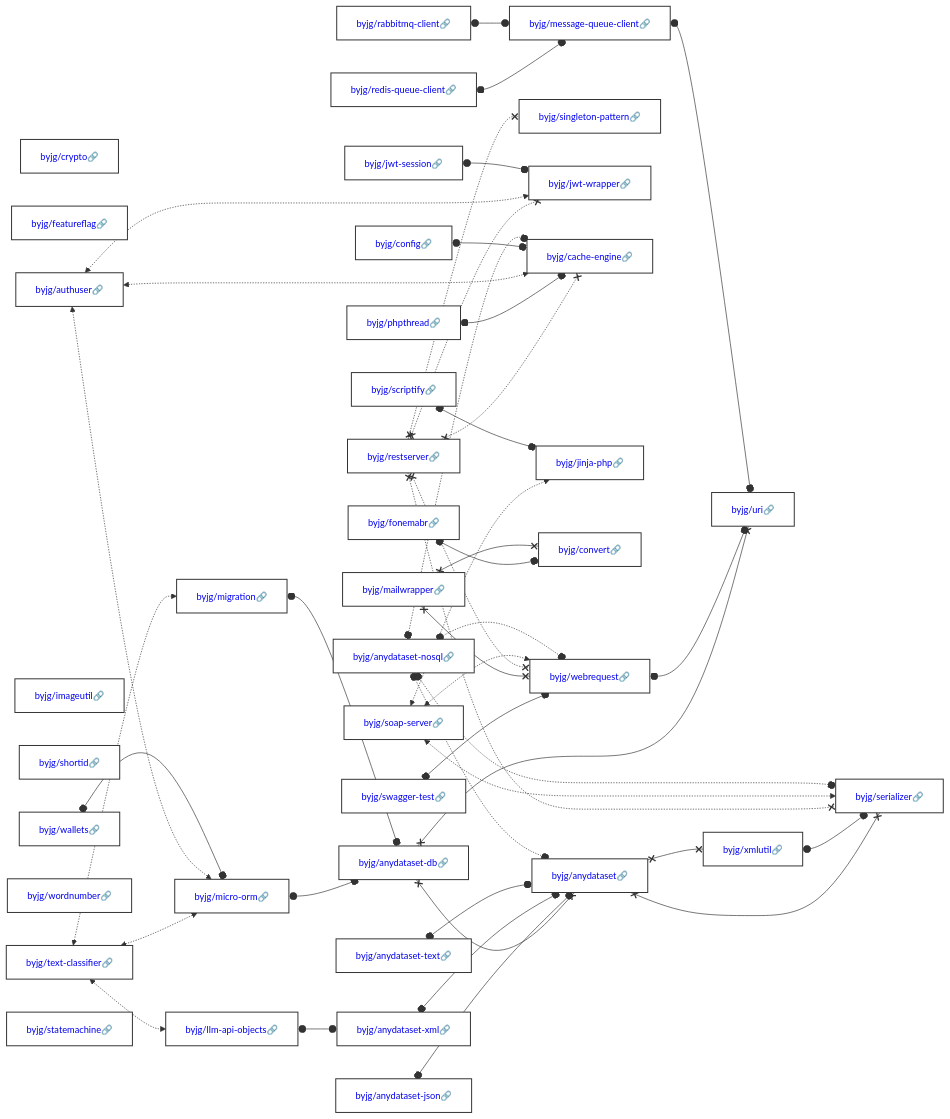
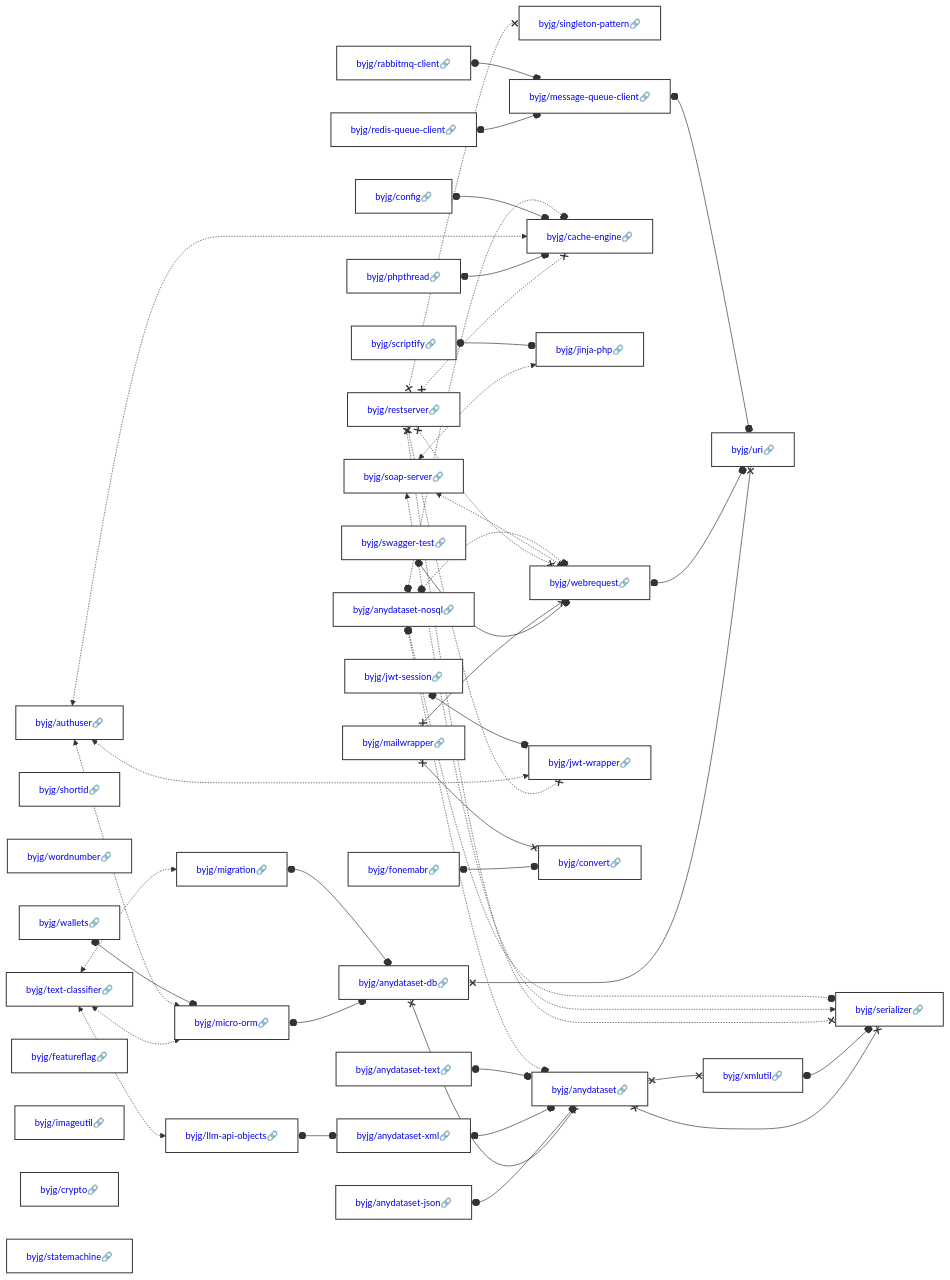
The diagram in docs/php/README.md (byjg/byjg.github.io), drawn with Mermaid before and after one commit. The commit also changed other lines of this file, not shown here.

Commit message:
Update documentation 'php' 'php-gluo'

````diff
--- a/docs/php/README.md
+++ b/docs/php/README.md
@@ -3,38 +3,38 @@
 ```mermaid
 graph LR;
+  byjg/mailwrapper[<a href='https://opensource.byjg.com/docs/php/mailwrapper' style='text-decoration:none'>byjg/mailwrapper🔗</a>];
+  byjg/text-classifier[<a href='https://opensource.byjg.com/docs/php/text-classifier' style='text-decoration:none'>byjg/text-classifier🔗</a>];
+  byjg/shortid[<a href='https://opensource.byjg.com/docs/php/shortid' style='text-decoration:none'>byjg/shortid🔗</a>];
+  byjg/wordnumber[<a href='https://opensource.byjg.com/docs/php/wordnumber' style='text-decoration:none'>byjg/wordnumber🔗</a>];
+  byjg/restserver[<a href='https://opensource.byjg.com/docs/php/restserver' style='text-decoration:none'>byjg/restserver🔗</a>];
+  byjg/redis-queue-client[<a href='https://opensource.byjg.com/docs/php/redis-queue-client' style='text-decoration:none'>byjg/redis-queue-client🔗</a>];
+  byjg/authuser[<a href='https://opensource.byjg.com/docs/php/authuser' style='text-decoration:none'>byjg/authuser🔗</a>];
+  byjg/scriptify[<a href='https://opensource.byjg.com/docs/php/scriptify' style='text-decoration:none'>byjg/scriptify🔗</a>];
+  byjg/wallets[<a href='https://opensource.byjg.com/docs/php/wallets' style='text-decoration:none'>byjg/wallets🔗</a>];
+  byjg/swagger-test[<a href='https://opensource.byjg.com/docs/php/swagger-test' style='text-decoration:none'>byjg/swagger-test🔗</a>];
+  byjg/anydataset-json[<a href='https://opensource.byjg.com/docs/php/anydataset-json' style='text-decoration:none'>byjg/anydataset-json🔗</a>];
+  byjg/featureflag[<a href='https://opensource.byjg.com/docs/php/featureflag' style='text-decoration:none'>byjg/featureflag🔗</a>];
+  byjg/config[<a href='https://opensource.byjg.com/docs/php/config' style='text-decoration:none'>byjg/config🔗</a>];
+  byjg/anydataset-nosql[<a href='https://opensource.byjg.com/docs/php/anydataset-nosql' style='text-decoration:none'>byjg/anydataset-nosql🔗</a>];
+  byjg/anydataset-text[<a href='https://opensource.byjg.com/docs/php/anydataset-text' style='text-decoration:none'>byjg/anydataset-text🔗</a>];
+  byjg/rabbitmq-client[<a href='https://opensource.byjg.com/docs/php/rabbitmq-client' style='text-decoration:none'>byjg/rabbitmq-client🔗</a>];
+  byjg/phpthread[<a href='https://opensource.byjg.com/docs/php/phpthread' style='text-decoration:none'>byjg/phpthread🔗</a>];
+  byjg/soap-server[<a href='https://opensource.byjg.com/docs/php/soap-server' style='text-decoration:none'>byjg/soap-server🔗</a>];
+  byjg/imageutil[<a href='https://opensource.byjg.com/docs/php/imageutil' style='text-decoration:none'>byjg/imageutil🔗</a>];
+  byjg/jwt-session[<a href='https://opensource.byjg.com/docs/php/jwt-session' style='text-decoration:none'>byjg/jwt-session🔗</a>];
   byjg/crypto[<a href='https://opensource.byjg.com/docs/php/crypto' style='text-decoration:none'>byjg/crypto🔗</a>];
-  byjg/featureflag[<a href='https://opensource.byjg.com/docs/php/featureflag' style='text-decoration:none'>byjg/featureflag🔗</a>];
-  byjg/scriptify[<a href='https://opensource.byjg.com/docs/php/scriptify' style='text-decoration:none'>byjg/scriptify🔗</a>];
-  byjg/anydataset-json[<a href='https://opensource.byjg.com/docs/php/anydataset-json' style='text-decoration:none'>byjg/anydataset-json🔗</a>];
-  byjg/redis-queue-client[<a href='https://opensource.byjg.com/docs/php/redis-queue-client' style='text-decoration:none'>byjg/redis-queue-client🔗</a>];
-  byjg/rabbitmq-client[<a href='https://opensource.byjg.com/docs/php/rabbitmq-client' style='text-decoration:none'>byjg/rabbitmq-client🔗</a>];
+  byjg/statemachine[<a href='https://opensource.byjg.com/docs/php/statemachine' style='text-decoration:none'>byjg/statemachine🔗</a>];
   byjg/fonemabr[<a href='https://opensource.byjg.com/docs/php/fonemabr' style='text-decoration:none'>byjg/fonemabr🔗</a>];
-  byjg/text-classifier[<a href='https://opensource.byjg.com/docs/php/text-classifier' style='text-decoration:none'>byjg/text-classifier🔗</a>];
-  byjg/swagger-test[<a href='https://opensource.byjg.com/docs/php/swagger-test' style='text-decoration:none'>byjg/swagger-test🔗</a>];
-  byjg/phpthread[<a href='https://opensource.byjg.com/docs/php/phpthread' style='text-decoration:none'>byjg/phpthread🔗</a>];
-  byjg/anydataset-nosql[<a href='https://opensource.byjg.com/docs/php/anydataset-nosql' style='text-decoration:none'>byjg/anydataset-nosql🔗</a>];
-  byjg/imageutil[<a href='https://opensource.byjg.com/docs/php/imageutil' style='text-decoration:none'>byjg/imageutil🔗</a>];
-  byjg/restserver[<a href='https://opensource.byjg.com/docs/php/restserver' style='text-decoration:none'>byjg/restserver🔗</a>];
-  byjg/jwt-session[<a href='https://opensource.byjg.com/docs/php/jwt-session' style='text-decoration:none'>byjg/jwt-session🔗</a>];
-  byjg/shortid[<a href='https://opensource.byjg.com/docs/php/shortid' style='text-decoration:none'>byjg/shortid🔗</a>];
-  byjg/authuser[<a href='https://opensource.byjg.com/docs/php/authuser' style='text-decoration:none'>byjg/authuser🔗</a>];
-  byjg/wordnumber[<a href='https://opensource.byjg.com/docs/php/wordnumber' style='text-decoration:none'>byjg/wordnumber🔗</a>];
-  byjg/config[<a href='https://opensource.byjg.com/docs/php/config' style='text-decoration:none'>byjg/config🔗</a>];
-  byjg/wallets[<a href='https://opensource.byjg.com/docs/php/wallets' style='text-decoration:none'>byjg/wallets🔗</a>];
-  byjg/soap-server[<a href='https://opensource.byjg.com/docs/php/soap-server' style='text-decoration:none'>byjg/soap-server🔗</a>];
-  byjg/anydataset-text[<a href='https://opensource.byjg.com/docs/php/anydataset-text' style='text-decoration:none'>byjg/anydataset-text🔗</a>];
-  byjg/mailwrapper[<a href='https://opensource.byjg.com/docs/php/mailwrapper' style='text-decoration:none'>byjg/mailwrapper🔗</a>];
-  byjg/statemachine[<a href='https://opensource.byjg.com/docs/php/statemachine' style='text-decoration:none'>byjg/statemachine🔗</a>];
-  byjg/message-queue-client[<a href='https://opensource.byjg.com/docs/php/message-queue-client' style='text-decoration:none'>byjg/message-queue-client🔗</a>];
   byjg/migration[<a href='https://opensource.byjg.com/docs/php/migration' style='text-decoration:none'>byjg/migration🔗</a>];
   byjg/llm-api-objects[<a href='https://opensource.byjg.com/docs/php/llm-api-objects' style='text-decoration:none'>byjg/llm-api-objects🔗</a>];
   byjg/singleton-pattern[<a href='https://opensource.byjg.com/docs/php/singleton-pattern' style='text-decoration:none'>byjg/singleton-pattern🔗</a>];
+  byjg/micro-orm[<a href='https://opensource.byjg.com/docs/php/micro-orm' style='text-decoration:none'>byjg/micro-orm🔗</a>];
+  byjg/message-queue-client[<a href='https://opensource.byjg.com/docs/php/message-queue-client' style='text-decoration:none'>byjg/message-queue-client🔗</a>];
+  byjg/cache-engine[<a href='https://opensource.byjg.com/docs/php/cache-engine' style='text-decoration:none'>byjg/cache-engine🔗</a>];
+  byjg/jinja-php[<a href='https://opensource.byjg.com/docs/php/jinja-php' style='text-decoration:none'>byjg/jinja-php🔗</a>];
+  byjg/webrequest[<a href='https://opensource.byjg.com/docs/php/webrequest' style='text-decoration:none'>byjg/webrequest🔗</a>];
   byjg/jwt-wrapper[<a href='https://opensource.byjg.com/docs/php/jwt-wrapper' style='text-decoration:none'>byjg/jwt-wrapper🔗</a>];
-  byjg/cache-engine[<a href='https://opensource.byjg.com/docs/php/cache-engine' style='text-decoration:none'>byjg/cache-engine🔗</a>];
-  byjg/micro-orm[<a href='https://opensource.byjg.com/docs/php/micro-orm' style='text-decoration:none'>byjg/micro-orm🔗</a>];
-  byjg/jinja-php[<a href='https://opensource.byjg.com/docs/php/jinja-php' style='text-decoration:none'>byjg/jinja-php🔗</a>];
   byjg/convert[<a href='https://opensource.byjg.com/docs/php/convert' style='text-decoration:none'>byjg/convert🔗</a>];
-  byjg/webrequest[<a href='https://opensource.byjg.com/docs/php/webrequest' style='text-decoration:none'>byjg/webrequest🔗</a>];
   byjg/anydataset-xml[<a href='https://opensource.byjg.com/docs/php/anydataset-xml' style='text-decoration:none'>byjg/anydataset-xml🔗</a>];
   byjg/anydataset-db[<a href='https://opensource.byjg.com/docs/php/anydataset-db' style='text-decoration:none'>byjg/anydataset-db🔗</a>];
   byjg/anydataset[<a href='https://opensource.byjg.com/docs/php/anydataset' style='text-decoration:none'>byjg/anydataset🔗</a>];
````
